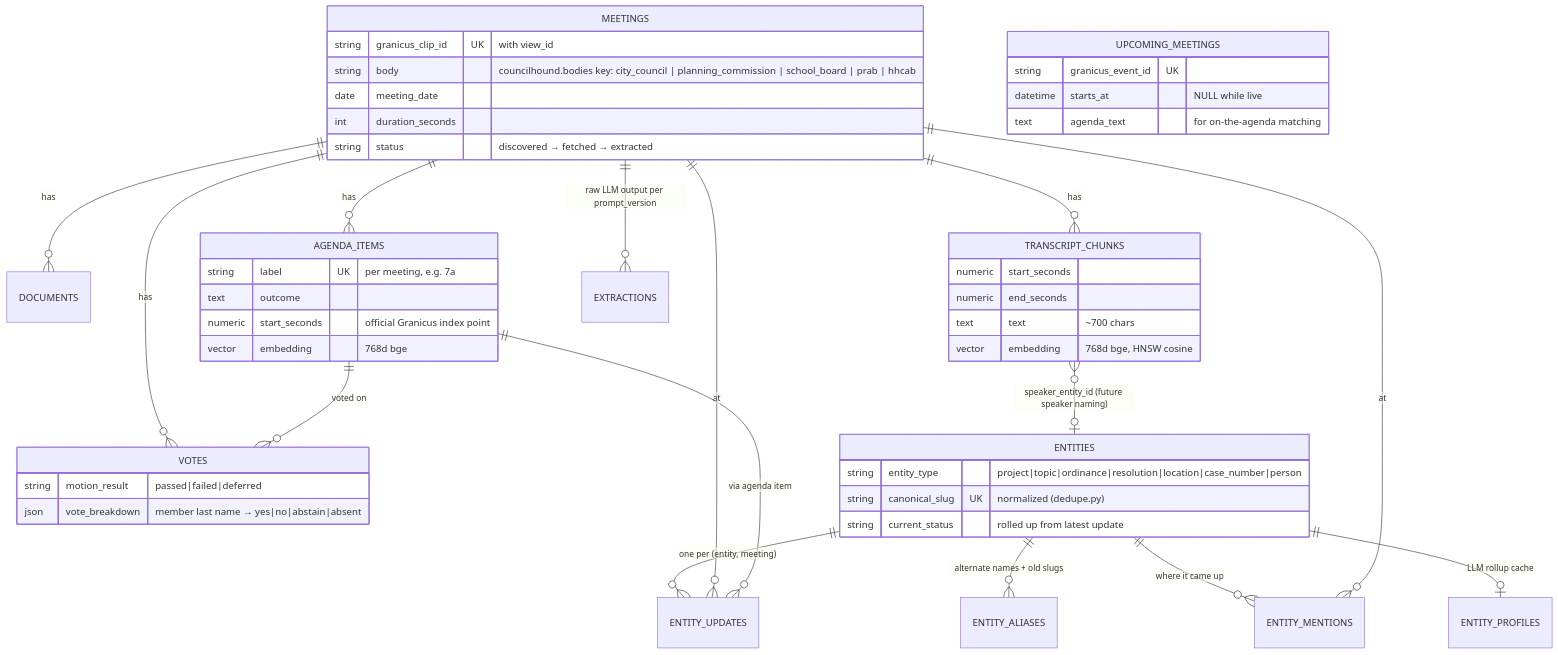
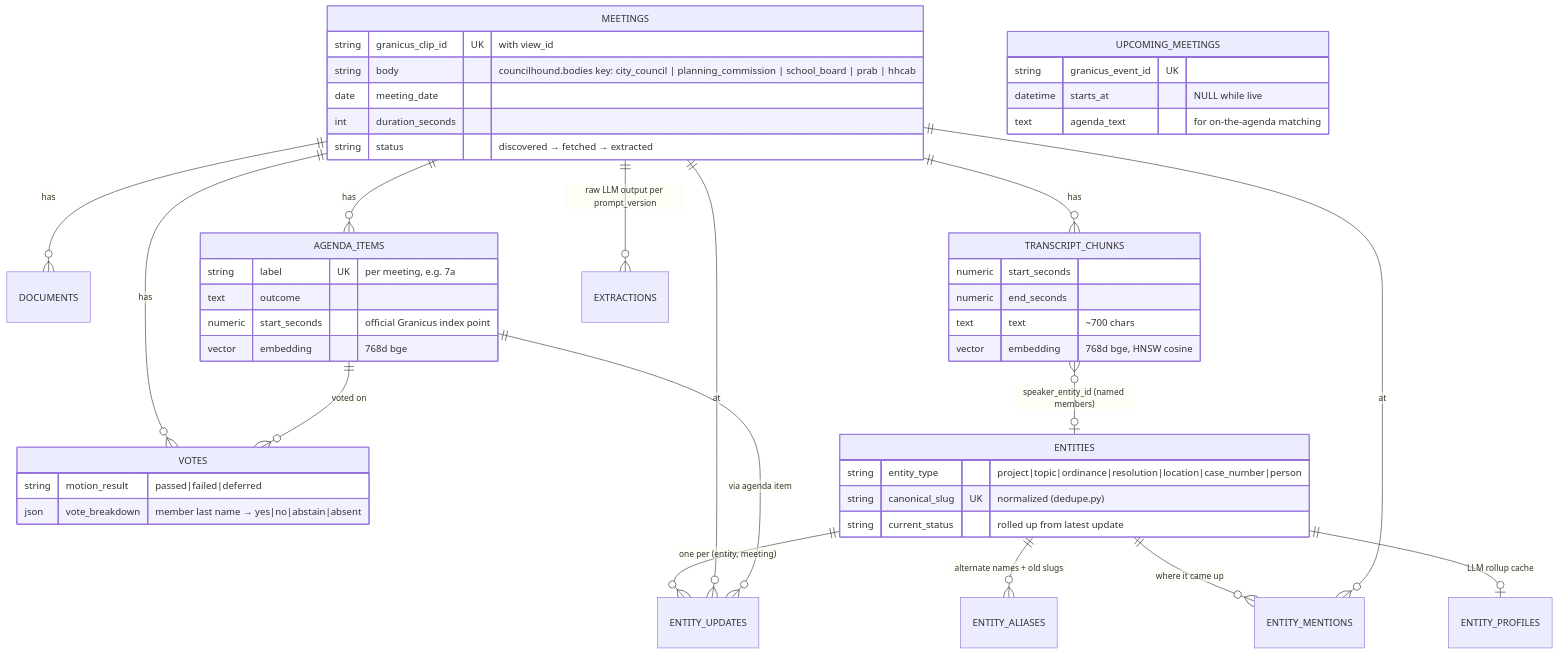
One commit to brown2hm/councilhound changed the third of 5 diagrams in docs/ARCHITECTURE.md. Above: the diagram before and after it, drawn with Mermaid. The commit also changed other lines of this file and 13 other files, not shown here.

````diff
--- a/docs/ARCHITECTURE.md
+++ b/docs/ARCHITECTURE.md
@@ -113,51 +115,51 @@
 ```mermaid
 erDiagram
     MEETINGS ||--o{ DOCUMENTS : has
     MEETINGS ||--o{ AGENDA_ITEMS : has
     MEETINGS ||--o{ TRANSCRIPT_CHUNKS : has
     MEETINGS ||--o{ VOTES : has
     MEETINGS ||--o{ EXTRACTIONS : "raw LLM output per prompt_version"
     AGENDA_ITEMS ||--o{ VOTES : "voted on"
     ENTITIES ||--o{ ENTITY_ALIASES : "alternate names + old slugs"
     ENTITIES ||--o{ ENTITY_UPDATES : "one per (entity, meeting)"
     ENTITIES ||--o{ ENTITY_MENTIONS : "where it came up"
     ENTITIES ||--o| ENTITY_PROFILES : "LLM rollup cache"
     MEETINGS ||--o{ ENTITY_UPDATES : at
     MEETINGS ||--o{ ENTITY_MENTIONS : at
     AGENDA_ITEMS ||--o{ ENTITY_UPDATES : "via agenda item"
-    TRANSCRIPT_CHUNKS }o--o| ENTITIES : "speaker_entity_id (future speaker naming)"
+    TRANSCRIPT_CHUNKS }o--o| ENTITIES : "speaker_entity_id (named members)"
 
     MEETINGS {
         string granicus_clip_id UK "with view_id"
         string body "councilhound.bodies key: city_council | planning_commission | school_board | prab | hhcab"
         date meeting_date
         int duration_seconds
         string status "discovered → fetched → extracted"
     }
     AGENDA_ITEMS {
         string label UK "per meeting, e.g. 7a"
         text outcome
         numeric start_seconds "official Granicus index point"
         vector embedding "768d bge"
     }
     TRANSCRIPT_CHUNKS {
         numeric start_seconds
         numeric end_seconds
         text text "~700 chars"
         vector embedding "768d bge, HNSW cosine"
     }
     ENTITIES {
         string entity_type "project|topic|ordinance|resolution|location|case_number|person"
         string canonical_slug UK "normalized (dedupe.py)"
         string current_status "rolled up from latest update"
     }
     VOTES {
         string motion_result "passed|failed|deferred"
         json vote_breakdown "member last name → yes|no|abstain|absent"
     }
     UPCOMING_MEETINGS {
         string granicus_event_id UK
         datetime starts_at "NULL while live"
         text agenda_text "for on-the-agenda matching"
     }
 ```
````
